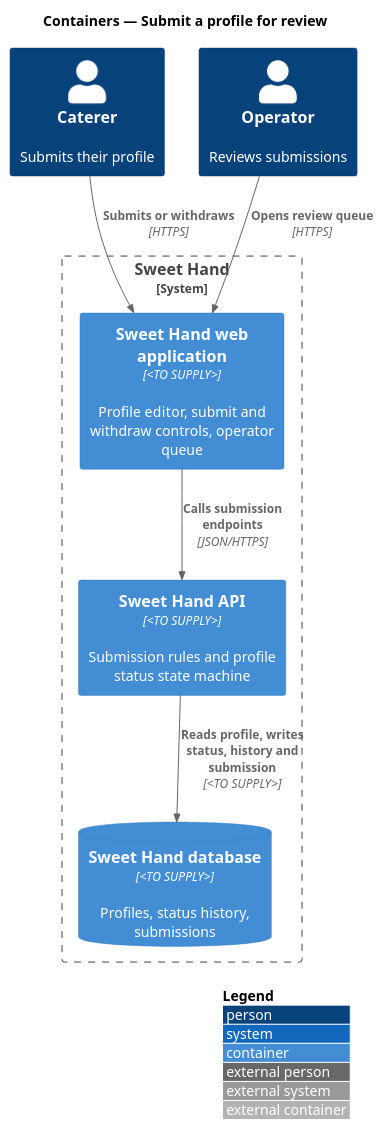
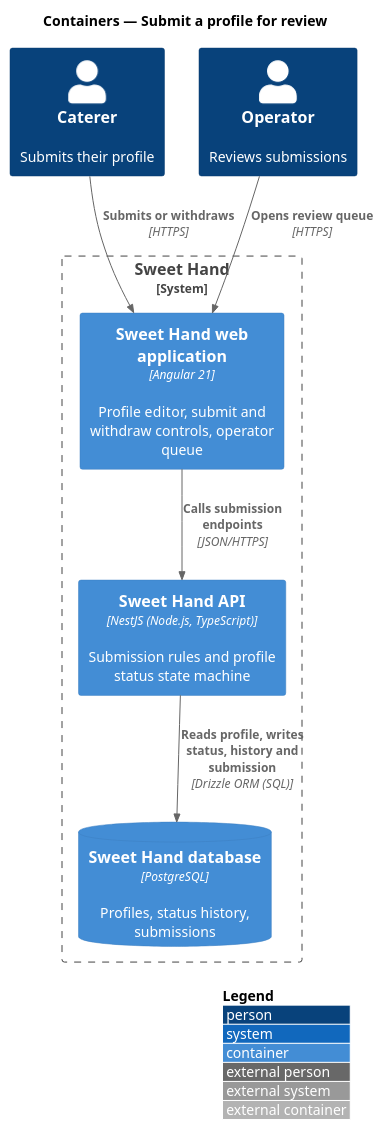
The diagram in docs/detailed-designs/caterer-profiles/submit-profile-for-review/diagrams/c4-container.puml (QuinntyneBrown/sweet-hand), drawn with PlantUML before and after one commit. The commit also changed 42 other files, not shown here.

```diff
--- a/docs/detailed-designs/caterer-profiles/submit-profile-for-review/diagrams/c4-container.puml
+++ b/docs/detailed-designs/caterer-profiles/submit-profile-for-review/diagrams/c4-container.puml
@@ -1,18 +1,18 @@
 @startuml
 !include <C4/C4_Container>
 LAYOUT_WITH_LEGEND()
 title Containers — Submit a profile for review
 
 Person(caterer, "Caterer", "Submits their profile")
 Person(operator, "Operator", "Reviews submissions")
 System_Boundary(sweethand, "Sweet Hand") {
-  Container(web, "Sweet Hand web application", "<TO SUPPLY>", "Profile editor, submit and withdraw controls, operator queue")
-  Container(api, "Sweet Hand API", "<TO SUPPLY>", "Submission rules and profile status state machine")
-  ContainerDb(db, "Sweet Hand database", "<TO SUPPLY>", "Profiles, status history, submissions")
+  Container(web, "Sweet Hand web application", "Angular 21", "Profile editor, submit and withdraw controls, operator queue")
+  Container(api, "Sweet Hand API", "NestJS (Node.js, TypeScript)", "Submission rules and profile status state machine")
+  ContainerDb(db, "Sweet Hand database", "PostgreSQL", "Profiles, status history, submissions")
 }
 
 Rel(caterer, web, "Submits or withdraws", "HTTPS")
 Rel(operator, web, "Opens review queue", "HTTPS")
 Rel(web, api, "Calls submission endpoints", "JSON/HTTPS")
-Rel(api, db, "Reads profile, writes status, history and submission", "<TO SUPPLY>")
+Rel(api, db, "Reads profile, writes status, history and submission", "Drizzle ORM (SQL)")
 @enduml
```
